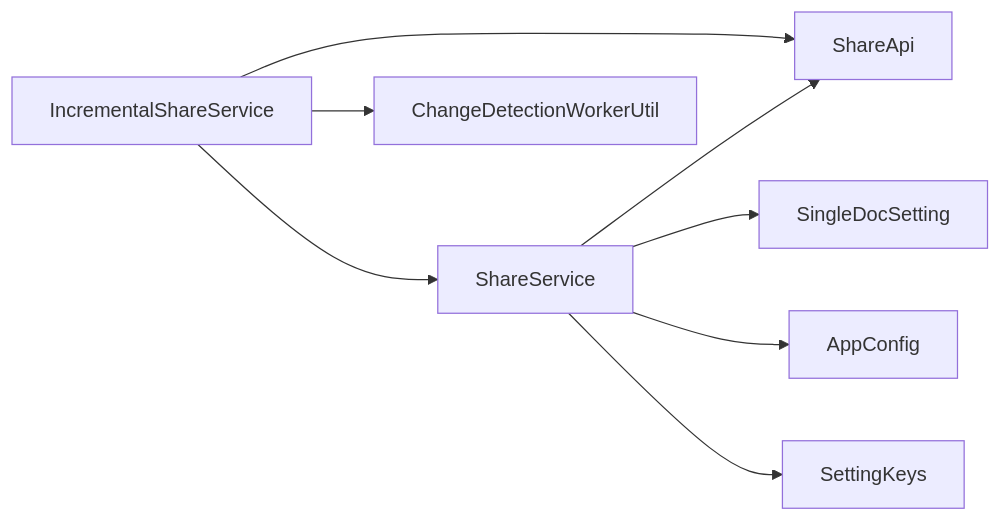
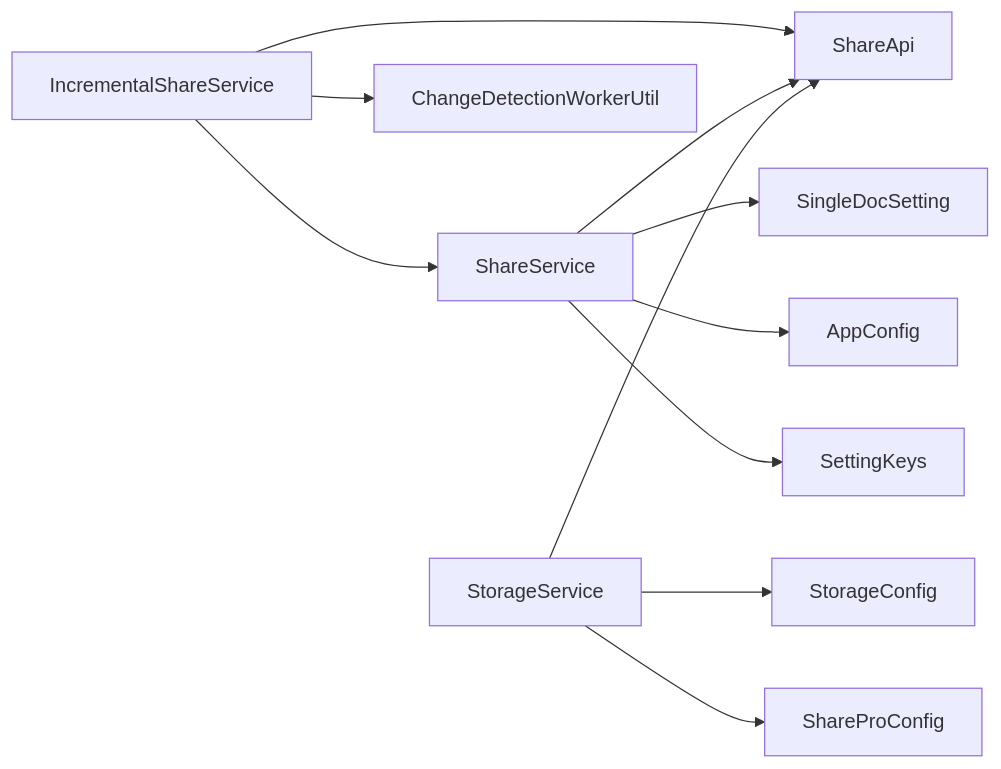
The eighth of 8 diagrams in .qoder/repowiki/zh/content/开放规范/开放规范.md (terwerinc/siyuan-plugin-share-pro), drawn with Mermaid before and after one commit. The commit also changed other lines of this file and 6 other files, not shown here.

````diff
--- a/.qoder/repowiki/zh/content/开放规范/开放规范.md
+++ b/.qoder/repowiki/zh/content/开放规范/开放规范.md
@@ -407,10 +574,13 @@
 ```mermaid
 graph LR
 ISS["IncrementalShareService"] --> SS["ShareService"]
 ISS --> SA["ShareApi"]
 ISS --> CDW["ChangeDetectionWorkerUtil"]
 SS --> SA
 SS --> SDS["SingleDocSetting"]
 SS --> AC["AppConfig"]
 SS --> SK["SettingKeys"]
+STS["StorageService"] --> SA
+STS --> SC["StorageConfig"]
+STS --> SP["ShareProConfig"]
 ```
````
